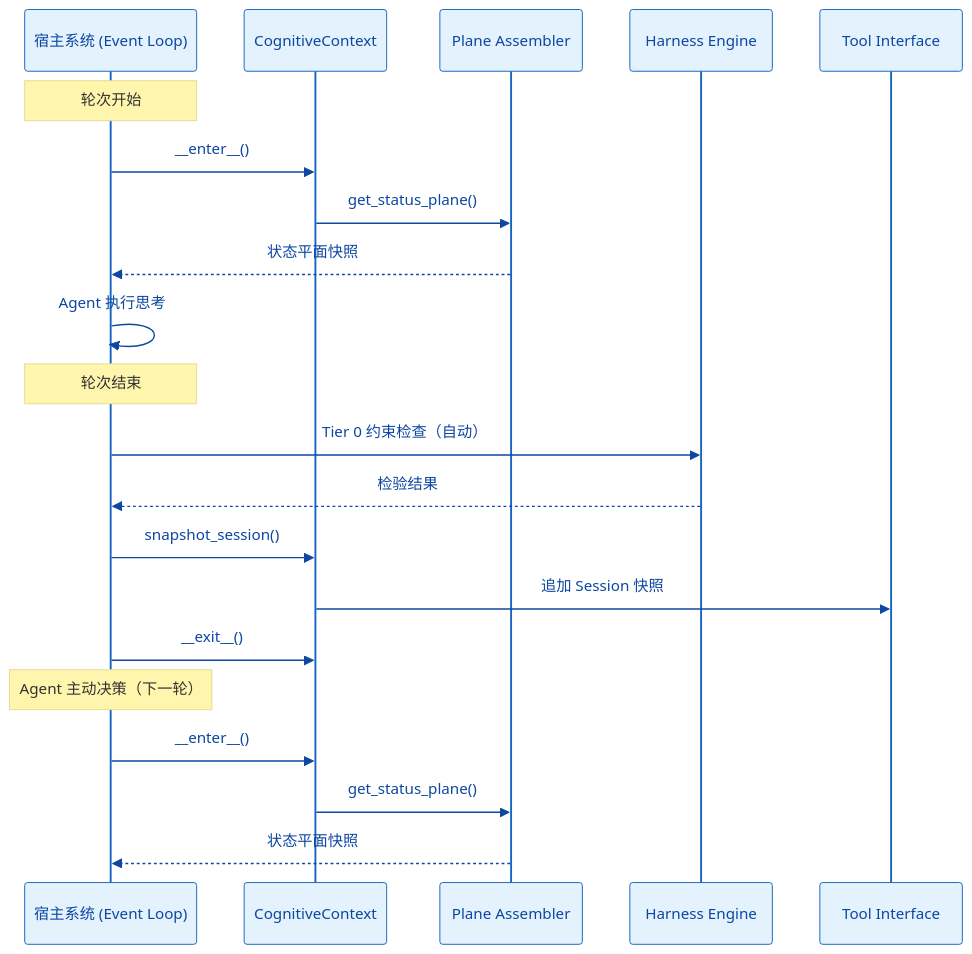
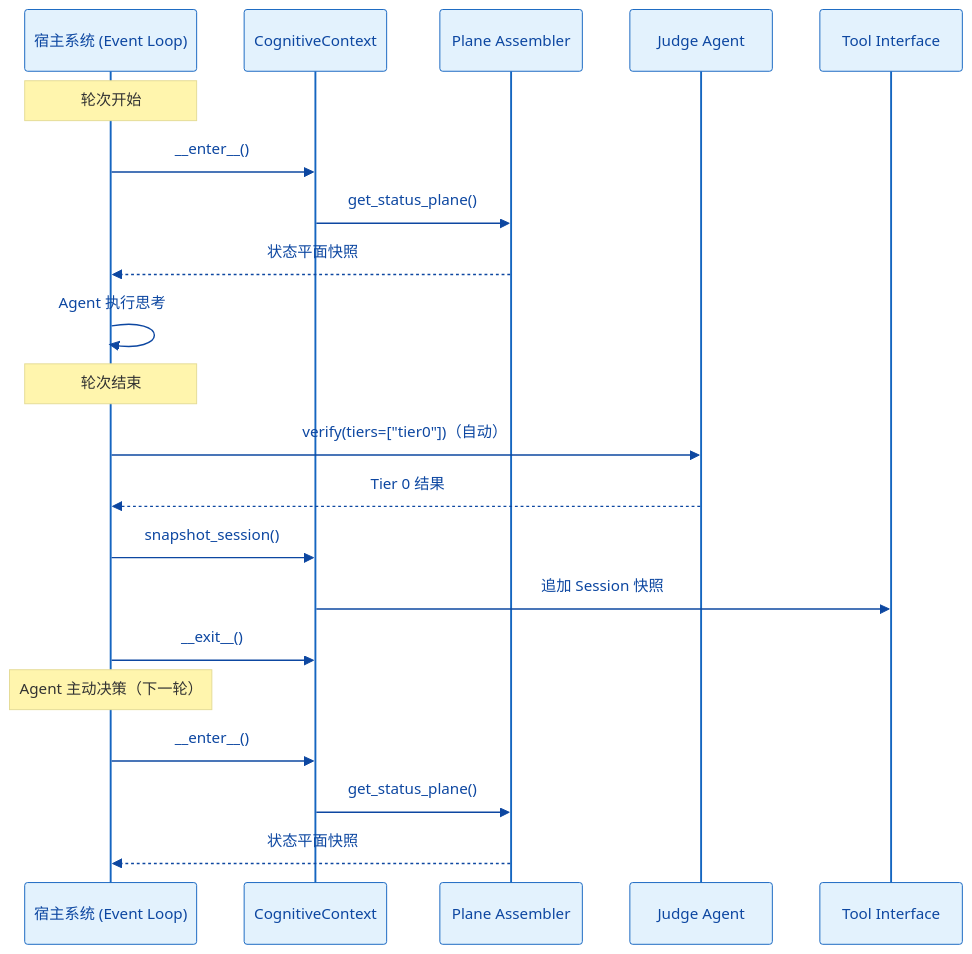
One commit to Lazyn0tBug/mem0ress changed the diagram in docs/design.md. Above: the diagram before and after it, drawn with Mermaid. The commit also changed other lines of this file and 2 other files, not shown here.

First line of the commit message:
docs: align mermaid stroke-width to 2px across spec and arch

````diff
--- a/docs/design.md
+++ b/docs/design.md
@@ -162,28 +197,28 @@
 ```mermaid
 %% label：生命周期钩子挂载
 %%{ init: { 'theme': 'base', 'themeVariables': { 'primaryColor': '#e3f2fd', 'primaryTextColor': '#0d47a1', 'primaryBorderColor': '#1565c0', 'lineColor': '#90a4ae' } } }%%
 sequenceDiagram
     participant Host as 宿主系统 (Event Loop)
     participant IC as CognitiveContext
     participant PA as Plane Assembler
-    participant HE as Harness Engine
+    participant JA as Judge Agent
     participant TI as Tool Interface
 
     Note over Host: 轮次开始
     Host->>IC: __enter__()
     IC->>PA: get_status_plane()
     PA-->>Host: 状态平面快照
     Host->>Host: Agent 执行思考
 
     Note over Host: 轮次结束
-    Host->>HE: Tier 0 约束检查（自动）
-    HE-->>Host: 检验结果
+    Host->>JA: verify(tiers=["tier0"])（自动）
+    JA-->>Host: Tier 0 结果
     Host->>IC: snapshot_session()
     IC->>TI: 追加 Session 快照
     Host->>IC: __exit__()
 
     Note over Host: Agent 主动决策（下一轮）
     Host->>IC: __enter__()
     IC->>PA: get_status_plane()
     PA-->>Host: 状态平面快照
 ```
````
